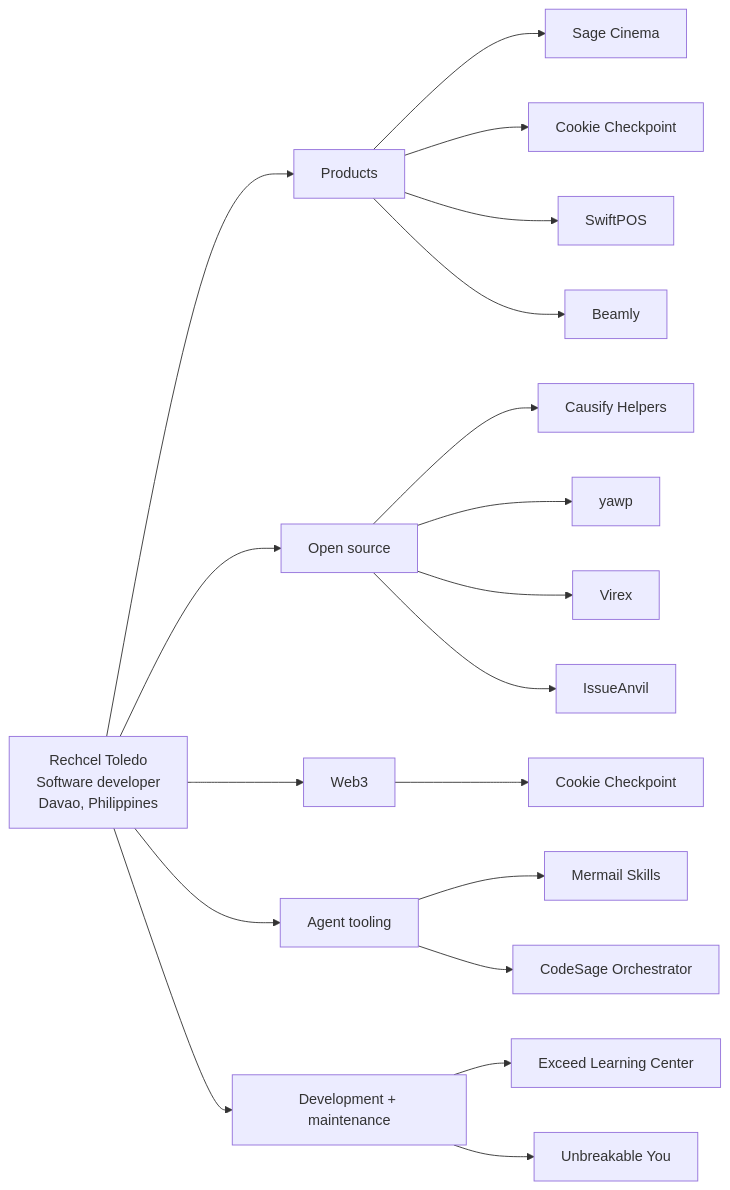
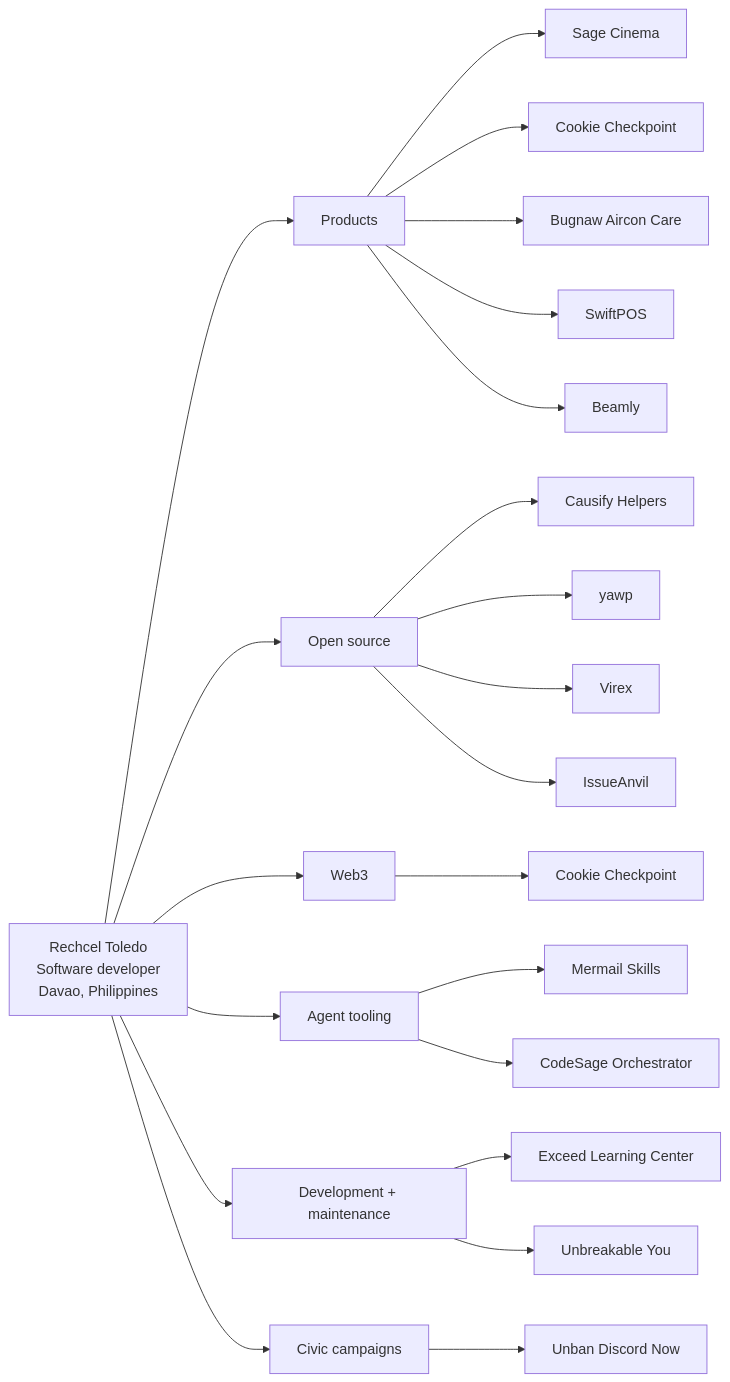
One commit to phcodesage/phcodesage.github.io changed the diagram in README.md. Above: the diagram before and after it, drawn with Mermaid. The commit also changed other lines of this file and 3 other files, not shown here.

Commit message:
Add Bugnaw and Unban Discord Now to portfolio

````diff
--- a/README.md
+++ b/README.md
@@ -62,22 +64,25 @@
 ```mermaid
 flowchart LR
     R[Rechcel Toledo<br/>Software developer<br/>Davao, Philippines]
     R --> P[Products]
     R --> O[Open source]
     R --> W[Web3]
     R --> A[Agent tooling]
     R --> M[Development + maintenance]
     P --> P1[Sage Cinema]
     P --> P2[Cookie Checkpoint]
+    P --> P5[Bugnaw Aircon Care]
+    R --> C[Civic campaigns]
+    C --> C1[Unban Discord Now]
     O --> O1[Causify Helpers]
     W --> W1[Cookie Checkpoint]
     A --> A1[Mermail Skills]
     A --> A2[CodeSage Orchestrator]
     M --> M1[Exceed Learning Center]
     M --> M2[Unbreakable You]
     P --> P3[SwiftPOS]
     P --> P4[Beamly]
     O --> O2[yawp]
     O --> O3[Virex]
     O --> O4[IssueAnvil]
 ```
````
